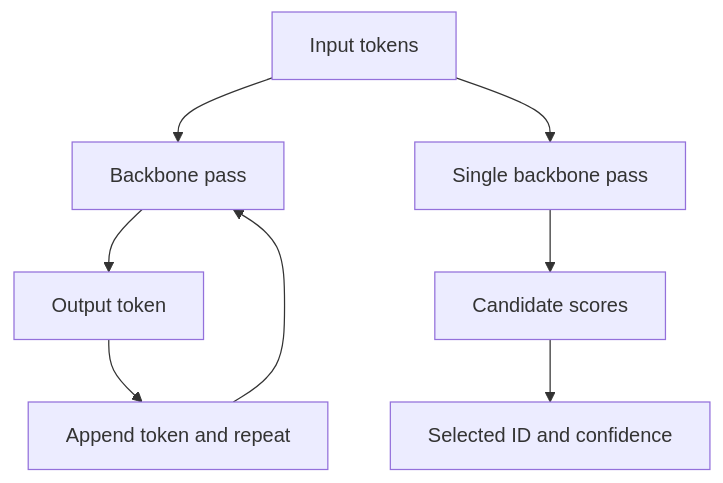
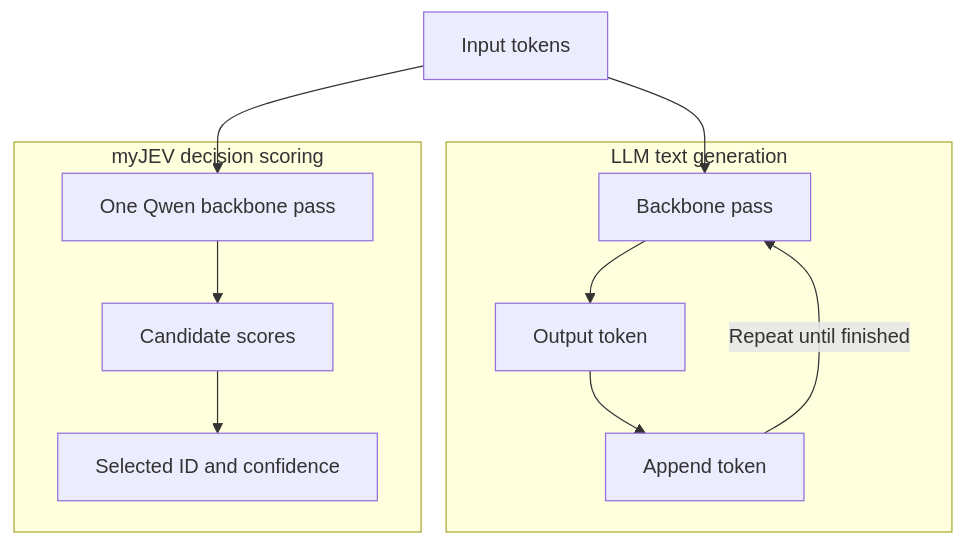
The first of 3 diagrams in docs/architecture.md (bahree/myJEV), drawn with Mermaid before and after one commit. The commit also changed 18 other files, not shown here.

````diff
--- a/docs/architecture.md
+++ b/docs/architecture.md
@@ -30,10 +30,19 @@
 ```mermaid
+%%{init: {"flowchart": {"wrappingWidth": 230}}}%%
 flowchart TB
-  I[Input tokens] --> G[Backbone pass]
-  G --> T[Output token]
-  T --> R[Append token and repeat]
-  R --> G
-  I --> D[Single backbone pass]
-  D --> S[Candidate scores]
-  S --> A[Selected ID and confidence]
+  I[Input tokens]
+
+  subgraph GENERATE["LLM text generation"]
+    G[Backbone pass] --> T[Output token]
+    T --> R[Append token]
+    R -->|Repeat until finished| G
+  end
+
+  subgraph SCORE["myJEV decision scoring"]
+    D[One Qwen backbone pass] --> S[Candidate scores]
+    S --> A[Selected ID and confidence]
+  end
+
+  I --> G
+  I --> D
 ```
````
